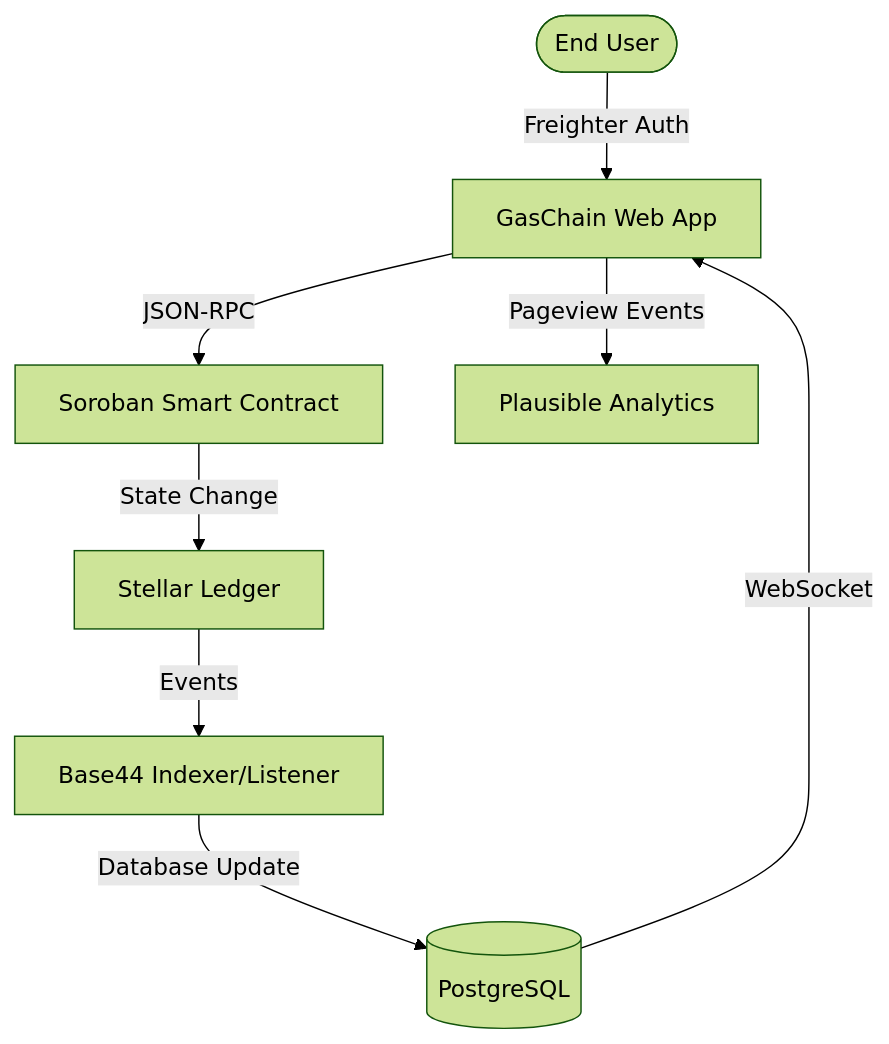
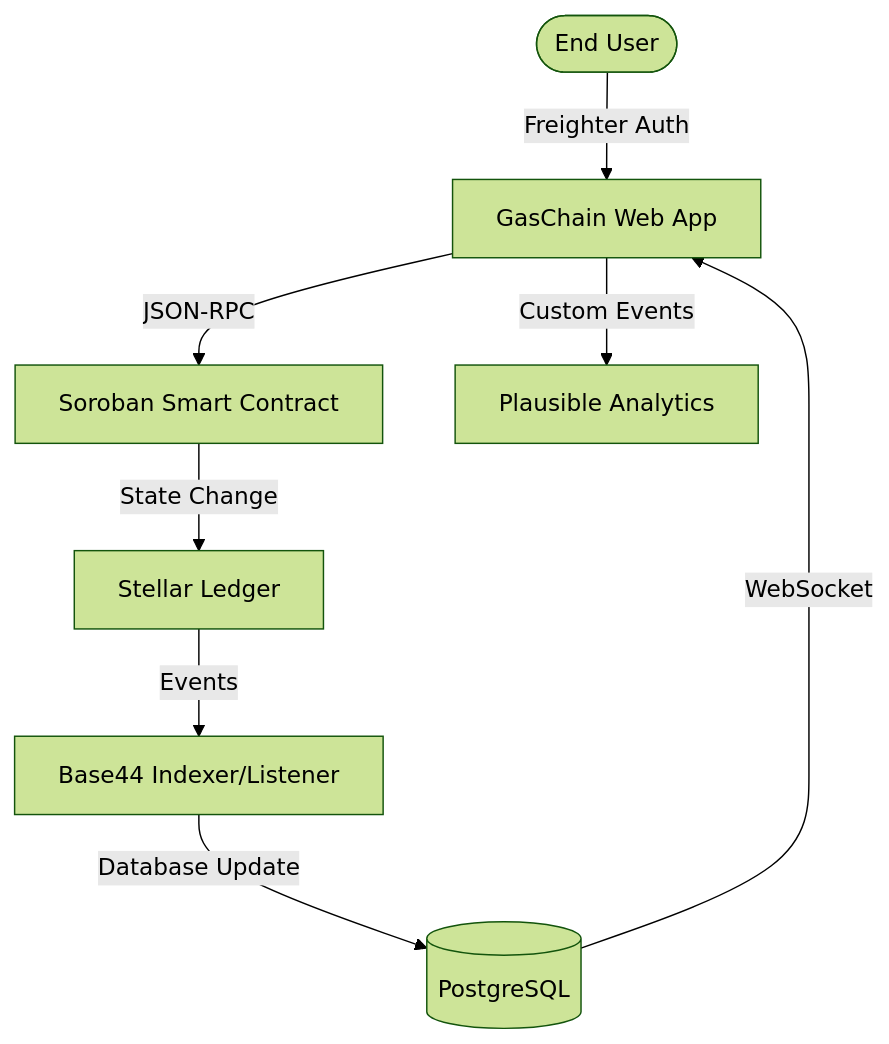
One commit to ashu19846b-tech/level55 changed the diagram in README.md. Above: the diagram before and after it, drawn with Mermaid (forest theme). The commit also changed other lines of this file, not shown here.

````diff
--- a/README.md
+++ b/README.md
@@ -84,10 +53,10 @@
 ```mermaid
 graph TD
     User([End User]) -->|Freighter Auth| App[GasChain Web App]
     App -->|JSON-RPC| Soroban[Soroban Smart Contract]
     Soroban -->|State Change| Stellar[Stellar Ledger]
     Stellar -->|Events| Indexer[Base44 Indexer/Listener]
     Indexer -->|Database Update| Postgres[(PostgreSQL)]
     Postgres -->|WebSocket| App
-    App -->|Pageview Events| Plausible[Plausible Analytics]
+    App -->|Custom Events| Analytics[Plausible Analytics]
 ```
````
